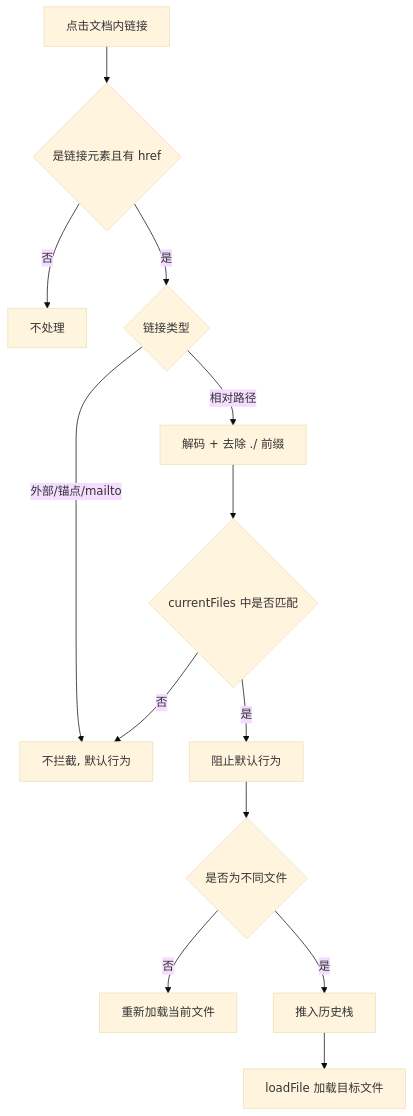
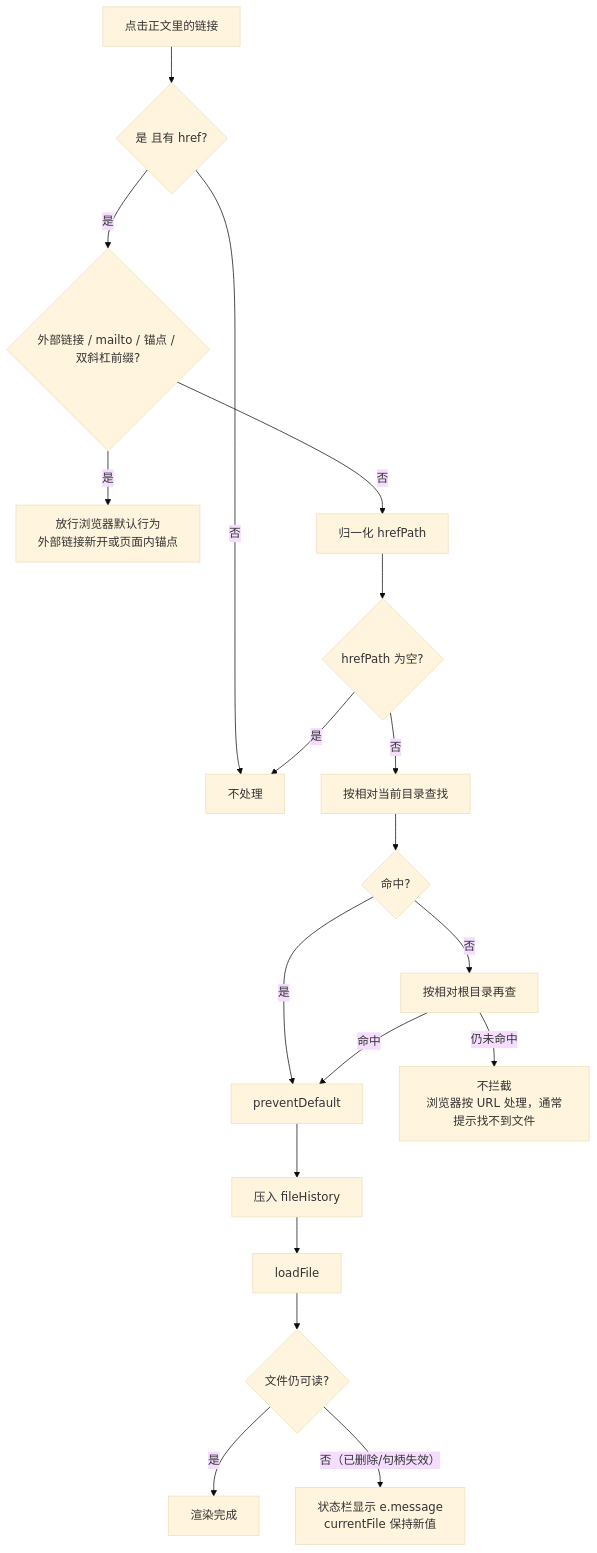
Before and after one commit to Leo-H-W/LightMDKit: diagram 13 of 19 in doc/kb/业务知识库/业务流程详解.md, drawn with Mermaid (base theme). The commit also changed other lines of this file and 13 other files, not shown here.

````diff
--- a/doc/kb/业务知识库/业务流程详解.md
+++ b/doc/kb/业务知识库/业务流程详解.md
@@ -592,15 +1882,21 @@
 ```mermaid
 graph TD
-    A[点击文档内链接] --> B{是链接元素且有 href}
-    B -->|否| C[不处理]
-    B -->|是| D{链接类型}
-    D -->|外部/锚点/mailto| E[不拦截, 默认行为]
-    D -->|相对路径| F[解码 + 去除 ./ 前缀]
-    F --> G{currentFiles 中是否匹配}
-    G -->|否| E
-    G -->|是| H[阻止默认行为]
-    H --> I{是否为不同文件}
-    I -->|否| J[重新加载当前文件]
-    I -->|是| K[推入历史栈]
-    K --> L[loadFile 加载目标文件]
+    A["点击正文里的链接"] --> B{"是 <a> 且有 href?"}
+    B -->|否| C["不处理"]
+    B -->|是| D{"外部链接 / mailto / 锚点 / 双斜杠前缀?"}
+    D -->|是| E["放行浏览器默认行为<br/>外部链接新开或页面内锚点"]
+    D -->|否| F["归一化 hrefPath"]
+    F --> G{"hrefPath 为空?"}
+    G -->|是| C
+    G -->|否| H["按相对当前目录查找"]
+    H --> I{"命中?"}
+    I -->|否| J["按相对根目录再查"]
+    I -->|是| K["preventDefault"]
+    J -->|命中| K
+    J -->|"仍未命中"| L["不拦截<br/>浏览器按 URL 处理，通常提示找不到文件"]
+    K --> M["压入 fileHistory"]
+    M --> N["loadFile"]
+    N --> O{"文件仍可读?"}
+    O -->|是| P["渲染完成"]
+    O -->|"否（已删除/句柄失效）"| Q["状态栏显示 e.message<br/>currentFile 保持新值"]
 ```
````
